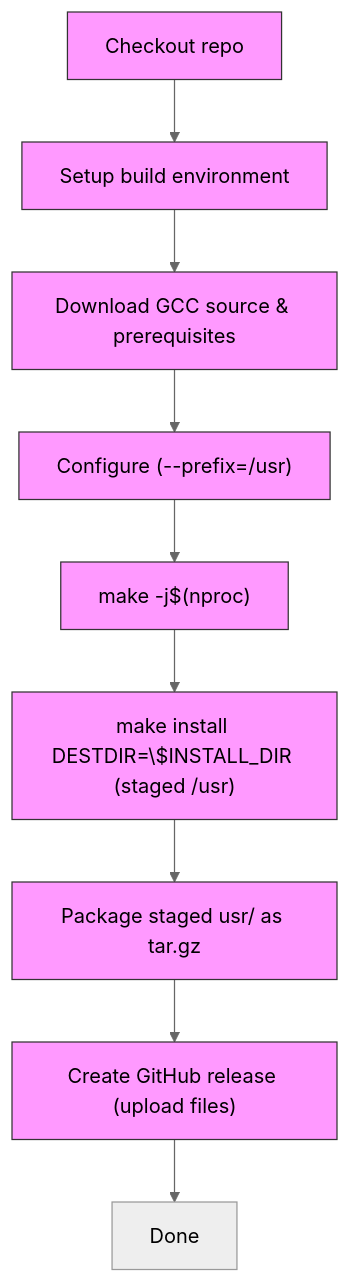
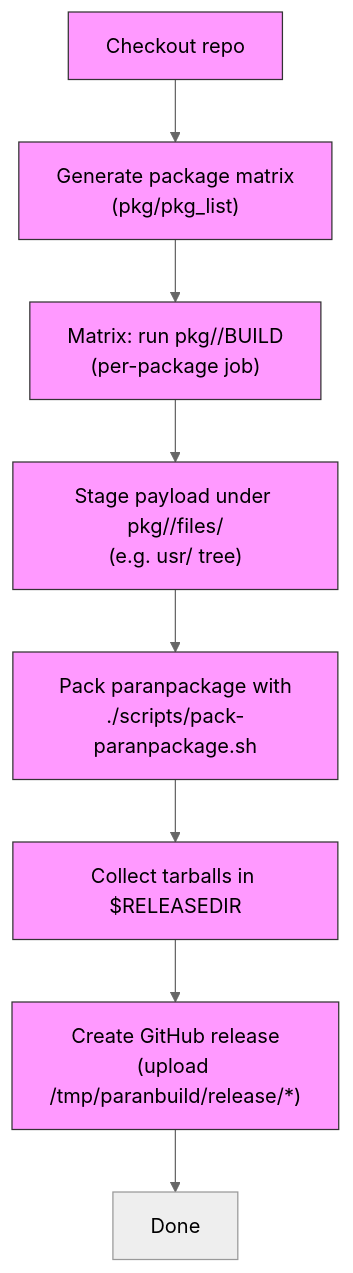
The diagram in README.md (MaxCoGa/paran-base), drawn with Mermaid (neutral theme) before and after one commit. The commit also changed other lines of this file and 3 other files, not shown here.

Commit message:
new pkg flow

````diff
--- a/README.md
+++ b/README.md
@@ -11,14 +14,13 @@
 ```mermaid
 flowchart TD
-  Checkout["Checkout repo"] --> Setup["Setup build environment"]
-  Setup --> Download["Download GCC source & prerequisites"]
-  Download --> Configure["Configure (--prefix=/usr)"]
-  Configure --> Build["make -j$(nproc)"]
-  Build --> Install["make install DESTDIR=\$INSTALL_DIR (staged /usr)"]
-  Install --> Package["Package staged usr/ as tar.gz"]
-  Package --> Release["Create GitHub release (upload files)"]
+  Checkout["Checkout repo"] --> Matrix["Generate package matrix\n(pkg/pkg_list)"]
+  Matrix --> Build["Matrix: run pkg/<name>/BUILD\n(per-package job)"]
+  Build --> Stage["Stage payload under pkg/<name>/files/\n(e.g. usr/ tree)"]
+  Stage --> Pack["Pack paranpackage with\n./scripts/pack-paranpackage.sh"]
+  Pack --> Collect["Collect tarballs in $RELEASEDIR"]
+  Collect --> Release["Create GitHub release\n(upload /tmp/paranbuild/release/*)"]
   Release --> Done["Done"]
 
   classDef step fill:#f9f,stroke:#333,stroke-width:1px;
-  class Checkout,Setup,Download,Configure,Build,Install,Package,Release step;
+  class Checkout,Matrix,Build,Stage,Pack,Collect,Release step;
 ```
````
